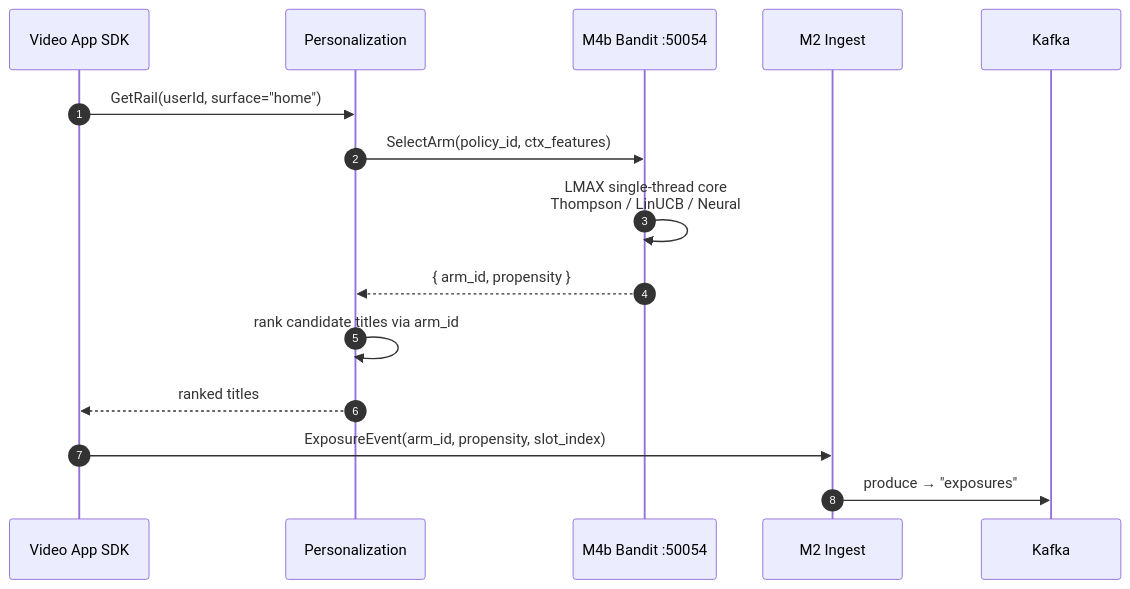
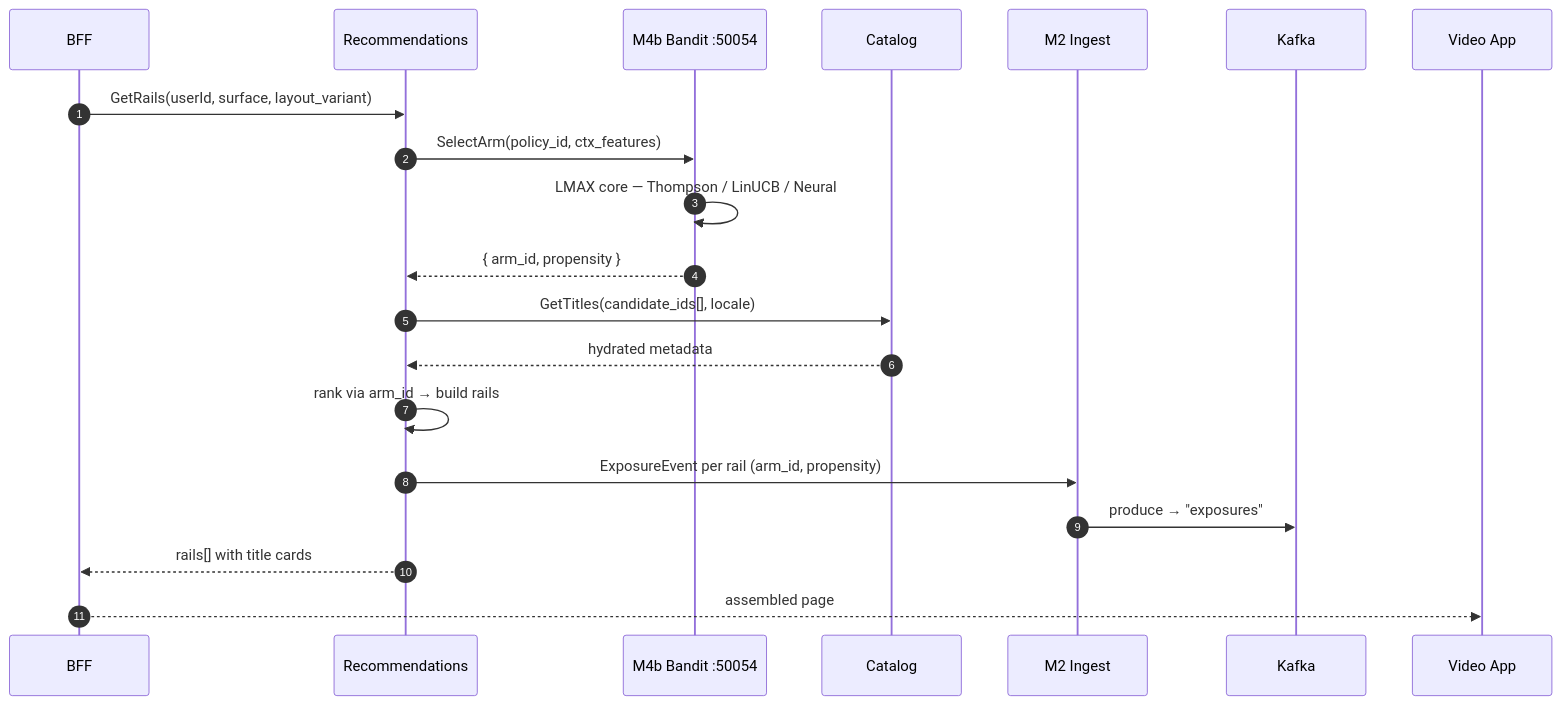
The second of 6 diagrams in docs/guides/streaming-video-sequence.md (wunderkennd/kaizen-experimentation), drawn with Mermaid before and after one commit. The commit also changed other lines of this file and 1 other file, not shown here.

First line of the commit message:
docs: expand streaming sequence with surrounding SVOD services

````diff
--- a/docs/guides/streaming-video-sequence.md
+++ b/docs/guides/streaming-video-sequence.md
@@ -105,18 +149,23 @@
 ```mermaid
 sequenceDiagram
     autonumber
-    participant App as Video App SDK
-    participant Pers as Personalization
+    participant BFF as BFF
+    participant Recs as Recommendations
     participant M4b as M4b Bandit :50054
+    participant Cat as Catalog
     participant M2 as M2 Ingest
     participant K as Kafka
+    participant App as Video App
 
-    App->>Pers: GetRail(userId, surface="home")
-    Pers->>M4b: SelectArm(policy_id, ctx_features)
-    M4b->>M4b: LMAX single-thread core<br/>Thompson / LinUCB / Neural
-    M4b-->>Pers: { arm_id, propensity }
-    Pers->>Pers: rank candidate titles via arm_id
-    Pers-->>App: ranked titles
-    App->>M2: ExposureEvent(arm_id, propensity, slot_index)
+    BFF->>Recs: GetRails(userId, surface, layout_variant)
+    Recs->>M4b: SelectArm(policy_id, ctx_features)
+    M4b->>M4b: LMAX core — Thompson / LinUCB / Neural
+    M4b-->>Recs: { arm_id, propensity }
+    Recs->>Cat: GetTitles(candidate_ids[], locale)
+    Cat-->>Recs: hydrated metadata
+    Recs->>Recs: rank via arm_id → build rails
+    Recs->>M2: ExposureEvent per rail (arm_id, propensity)
     M2->>K: produce → "exposures"
+    Recs-->>BFF: rails[] with title cards
+    BFF-->>App: assembled page
 ```
````
